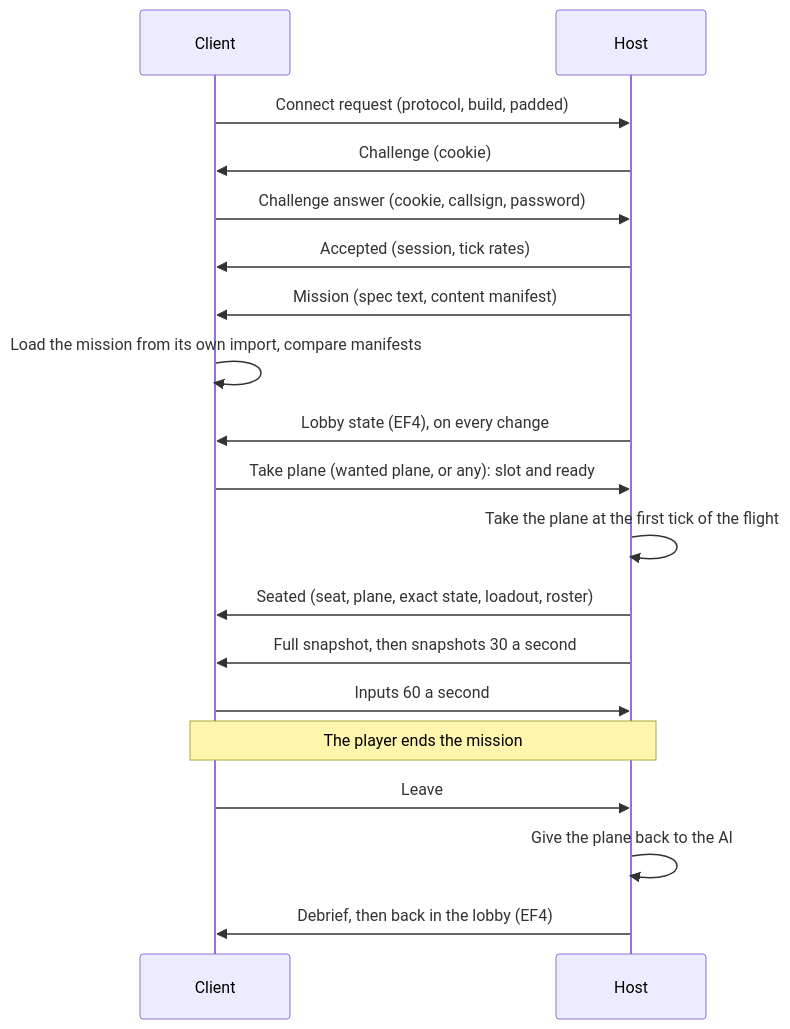
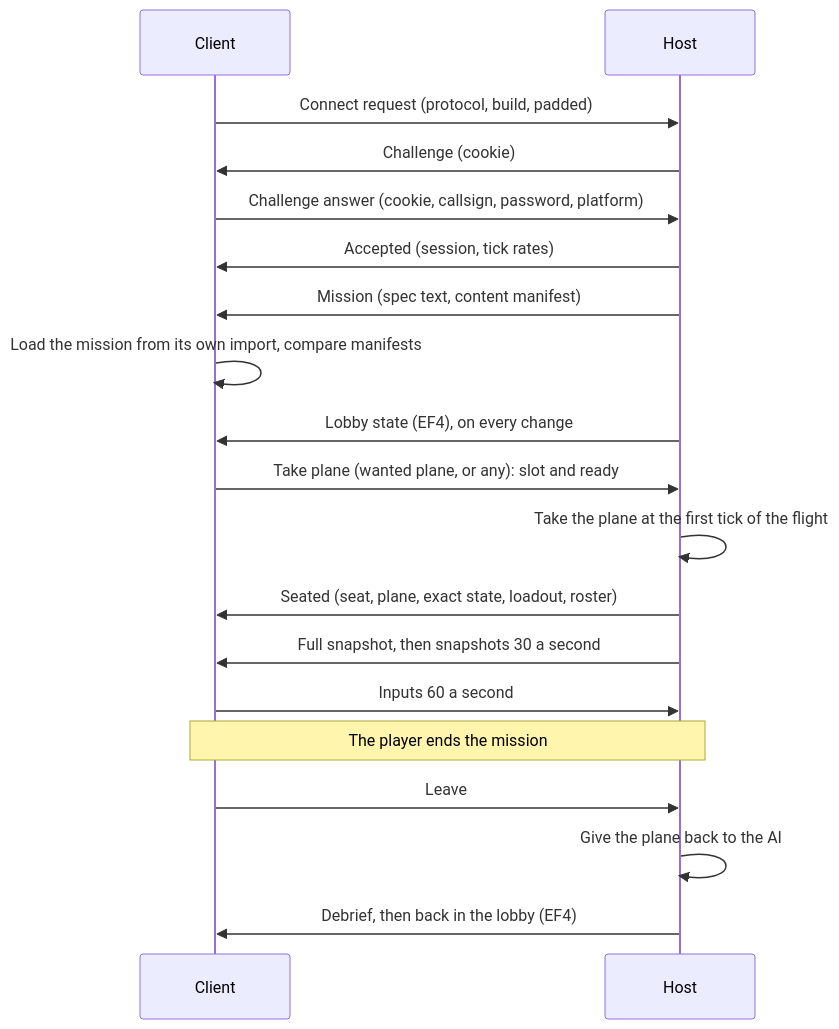
Before and after one commit to john-overton/T.O.R.E-Fighters: the seventh of 9 diagrams in docs/ARCHITECTURE.md, drawn with Mermaid. The commit also changed other lines of this file and 22 other files, not shown here.

````diff
--- a/docs/ARCHITECTURE.md
+++ b/docs/ARCHITECTURE.md
@@ -3141,21 +3142,21 @@
 ```mermaid
 sequenceDiagram
   participant C as Client
   participant H as Host
   C->>H: Connect request (protocol, build, padded)
   H->>C: Challenge (cookie)
-  C->>H: Challenge answer (cookie, callsign, password)
+  C->>H: Challenge answer (cookie, callsign, password, platform)
   H->>C: Accepted (session, tick rates)
   H->>C: Mission (spec text, content manifest)
   C->>C: Load the mission from its own import, compare manifests
   H->>C: Lobby state (EF4), on every change
   C->>H: Take plane (wanted plane, or any): slot and ready
   H->>H: Take the plane at the first tick of the flight
   H->>C: Seated (seat, plane, exact state, loadout, roster)
   H->>C: Full snapshot, then snapshots 30 a second
   C->>H: Inputs 60 a second
   Note over C,H: The player ends the mission
   C->>H: Leave
   H->>H: Give the plane back to the AI
   H->>C: Debrief, then back in the lobby (EF4)
 ```
````
